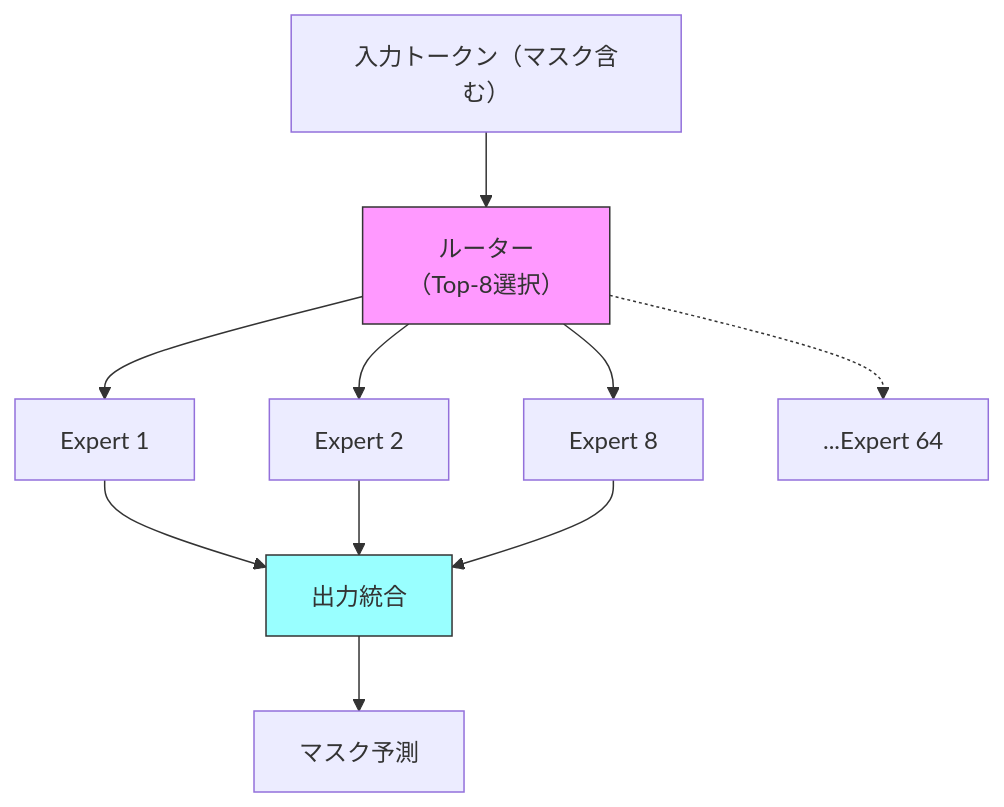
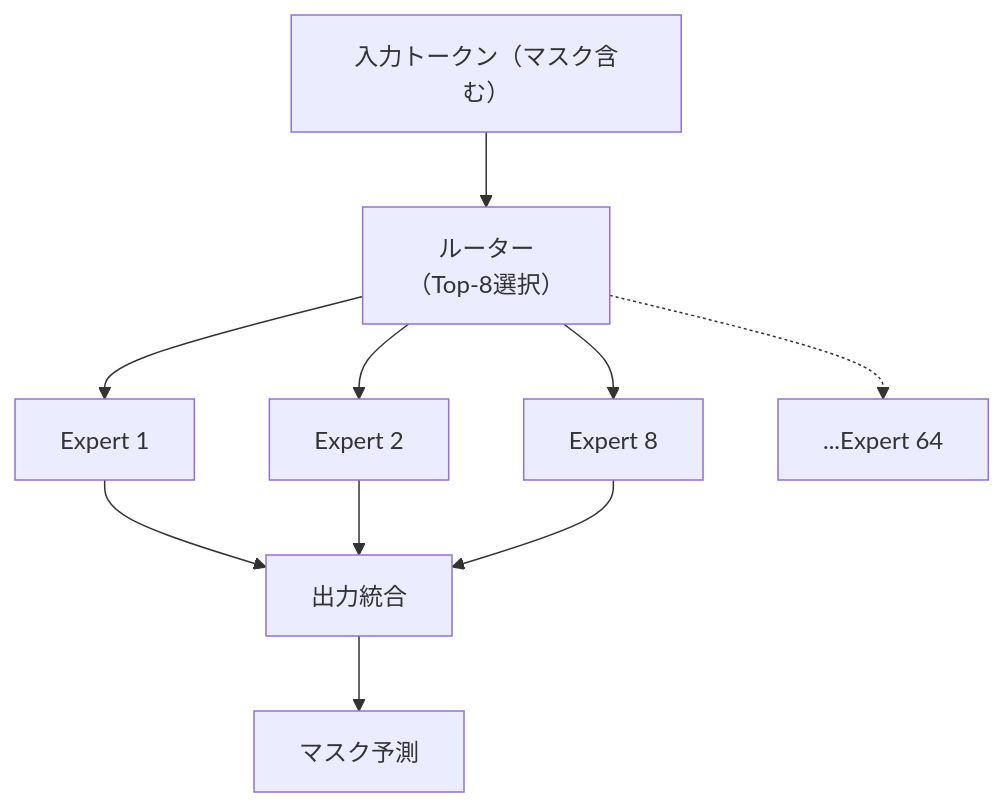
One commit to 0h-n0/zenn-contents changed the second of 2 diagrams in articles/82a9ebe3d96a89.md. Above: the diagram before and after it, drawn with Mermaid. The commit also changed 13 other files, not shown here.

First line of the commit message:
fix: Mermaidダイアグラムのカスタムスタイル(fill/stroke/color)を削除

````diff
--- a/articles/82a9ebe3d96a89.md
+++ b/articles/82a9ebe3d96a89.md
@@ -217,15 +217,13 @@
 ```mermaid
 graph TB
     Input["入力トークン（マスク含む）"] --> Router["ルーター<br/>（Top-8選択）"]
     Router --> E1["Expert 1"]
     Router --> E2["Expert 2"]
     Router --> E8["Expert 8"]
     Router -.-> E64["...Expert 64"]
     E1 --> Combine["出力統合"]
     E2 --> Combine
     E8 --> Combine
     Combine --> Output["マスク予測"]
 
-    style Router fill:#f9f,stroke:#333
-    style Combine fill:#9ff,stroke:#333
 ```
````
